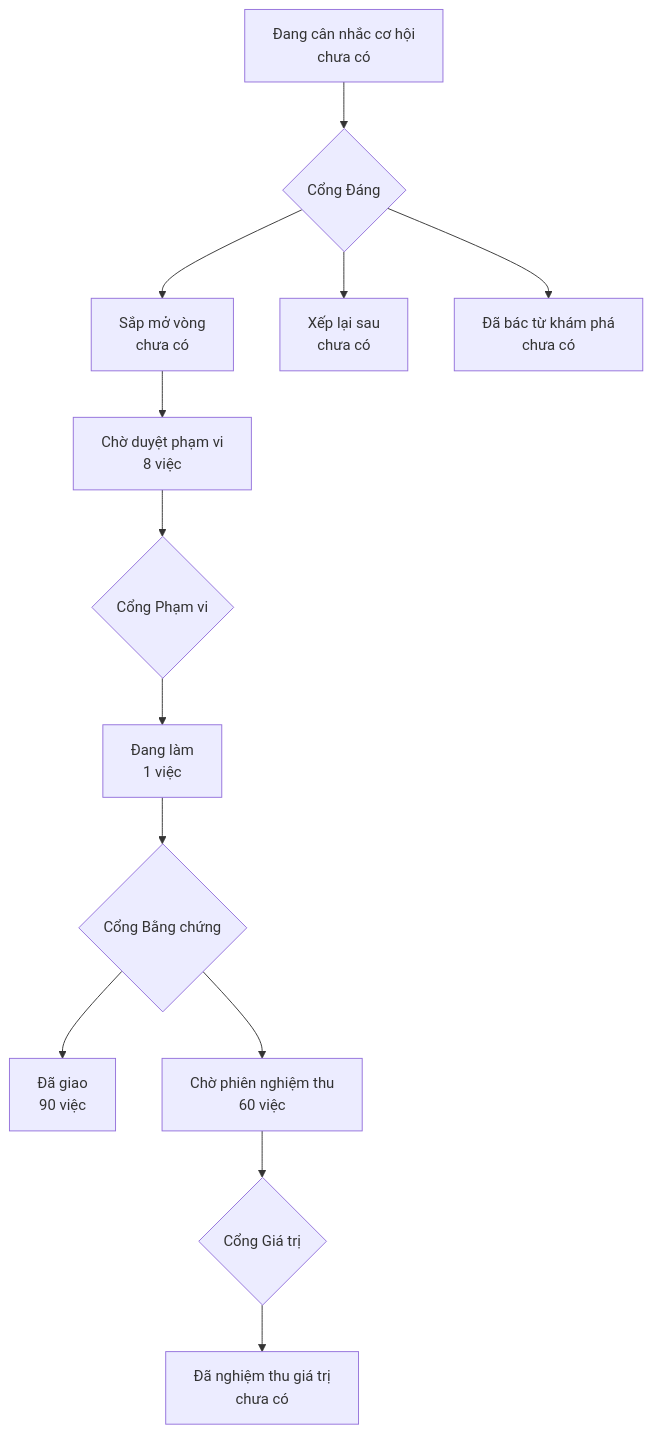
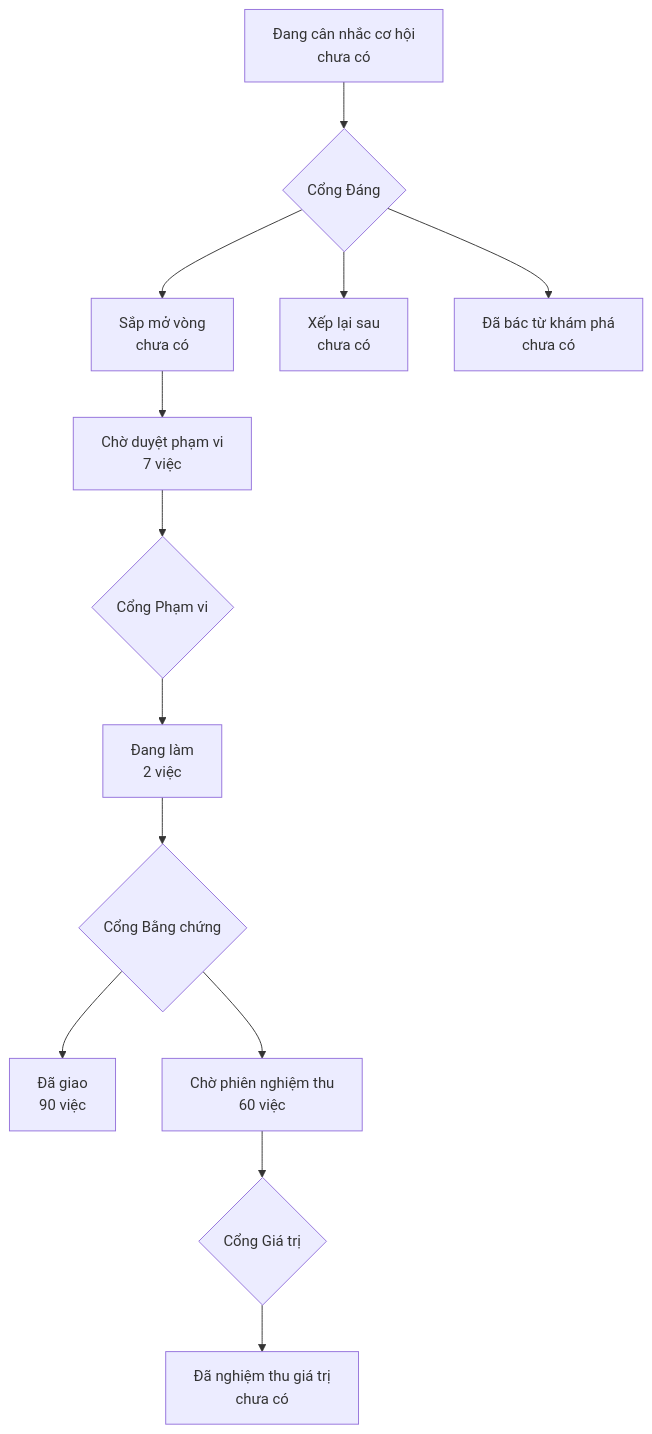
Before and after one commit to phanlemanh/onehub-invest: the diagram in PRODUCT-MAP.md, drawn with Mermaid. The commit also changed 2 other files, not shown here.

Commit message:
acceptance(bang-yeu-cau): Cổng Phạm vi — Mạnh duyệt (Hỏi-1 trần, Hỏi-2 gom, Hỏi-3 bảng ánh xạ; nền chấp nhận có tên)

````diff
--- a/PRODUCT-MAP.md
+++ b/PRODUCT-MAP.md
@@ -7,12 +7,12 @@
 ```mermaid
 flowchart TD
   A["Đang cân nhắc cơ hội<br/>chưa có"] --> GD{"Cổng Đáng"}
   GD --> B["Sắp mở vòng<br/>chưa có"]
   GD --> XL["Xếp lại sau<br/>chưa có"]
   GD --> DB["Đã bác từ khám phá<br/>chưa có"]
-  B --> CD["Chờ duyệt phạm vi<br/>8 việc"] --> GP{"Cổng Phạm vi"}
-  GP --> DL["Đang làm<br/>1 việc"] --> GB{"Cổng Bằng chứng"}
+  B --> CD["Chờ duyệt phạm vi<br/>7 việc"] --> GP{"Cổng Phạm vi"}
+  GP --> DL["Đang làm<br/>2 việc"] --> GB{"Cổng Bằng chứng"}
   GB --> DG["Đã giao<br/>90 việc"]
   GB --> CN["Chờ phiên nghiệm thu<br/>60 việc"] --> GG{"Cổng Giá trị"}
   GG --> NT["Đã nghiệm thu giá trị<br/>chưa có"]
 ```
````
